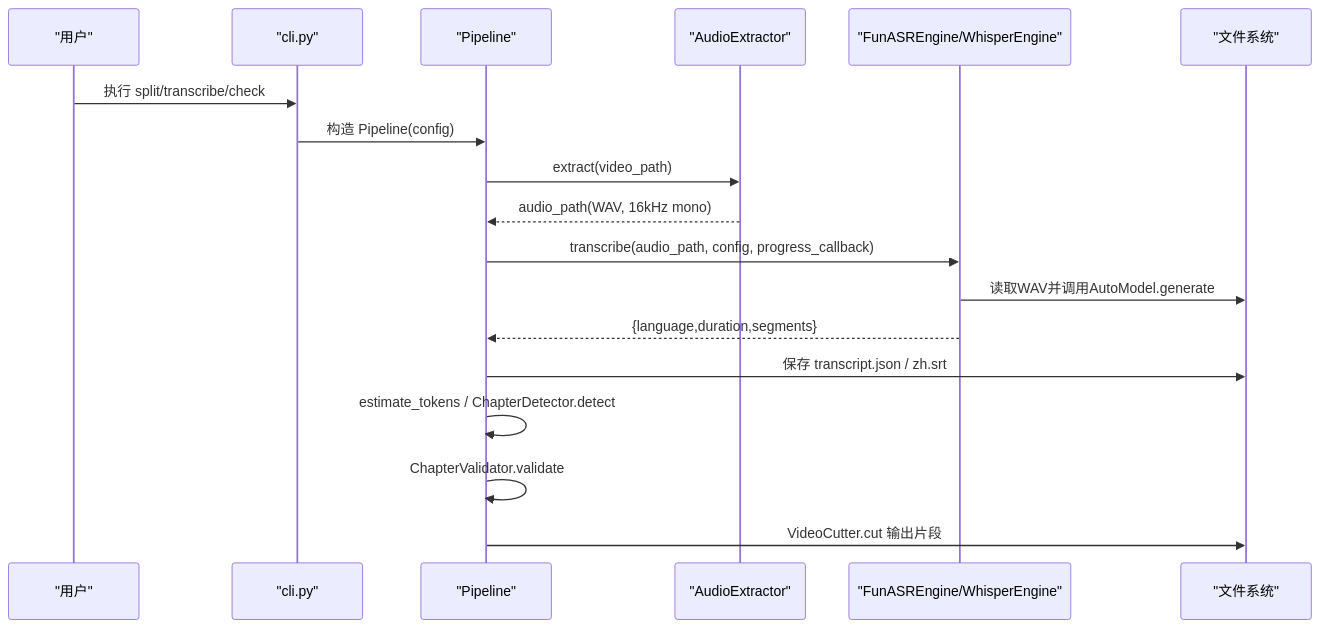
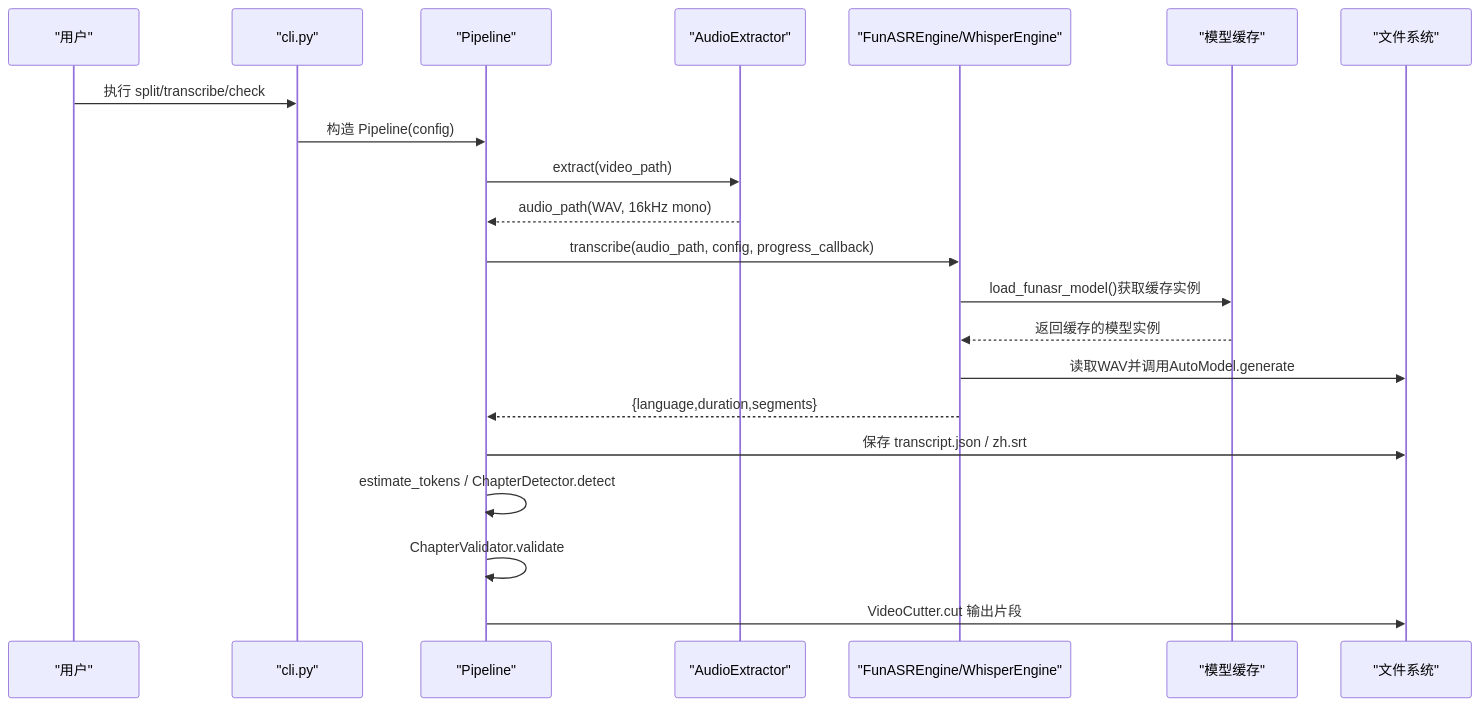
Before and after one commit to boyingliu01/VideoSplitter: the second of 8 diagrams in .qoder/repowiki/zh/content/语音识别引擎/FunASR集成.md, drawn with Mermaid. The commit also changed other lines of this file and 147 other files, not shown here.

````diff
--- a/.qoder/repowiki/zh/content/语音识别引擎/FunASR集成.md
+++ b/.qoder/repowiki/zh/content/语音识别引擎/FunASR集成.md
@@ -105,20 +109,23 @@
 ```mermaid
 sequenceDiagram
 participant U as "用户"
 participant CLI as "cli.py"
 participant P as "Pipeline"
 participant AE as "AudioExtractor"
 participant ENG as "FunASREngine/WhisperEngine"
+participant CACHE as "模型缓存"
 participant FS as "文件系统"
 U->>CLI : 执行 split/transcribe/check
 CLI->>P : 构造 Pipeline(config)
 P->>AE : extract(video_path)
 AE-->>P : audio_path(WAV, 16kHz mono)
 P->>ENG : transcribe(audio_path, config, progress_callback)
+ENG->>CACHE : load_funasr_model()获取缓存实例
+CACHE-->>ENG : 返回缓存的模型实例
 ENG->>FS : 读取WAV并调用AutoModel.generate
 ENG-->>P : {language,duration,segments}
 P->>FS : 保存 transcript.json / zh.srt
 P->>P : estimate_tokens / ChapterDetector.detect
 P->>P : ChapterValidator.validate
 P->>FS : VideoCutter.cut 输出片段
 ```
````
